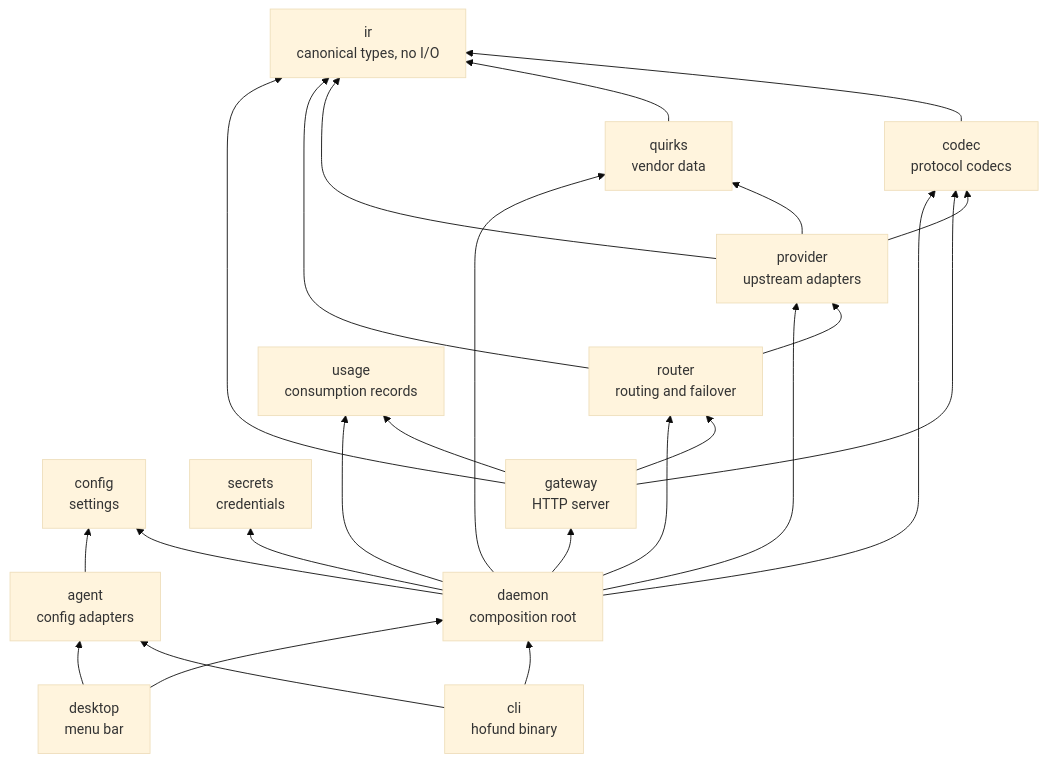
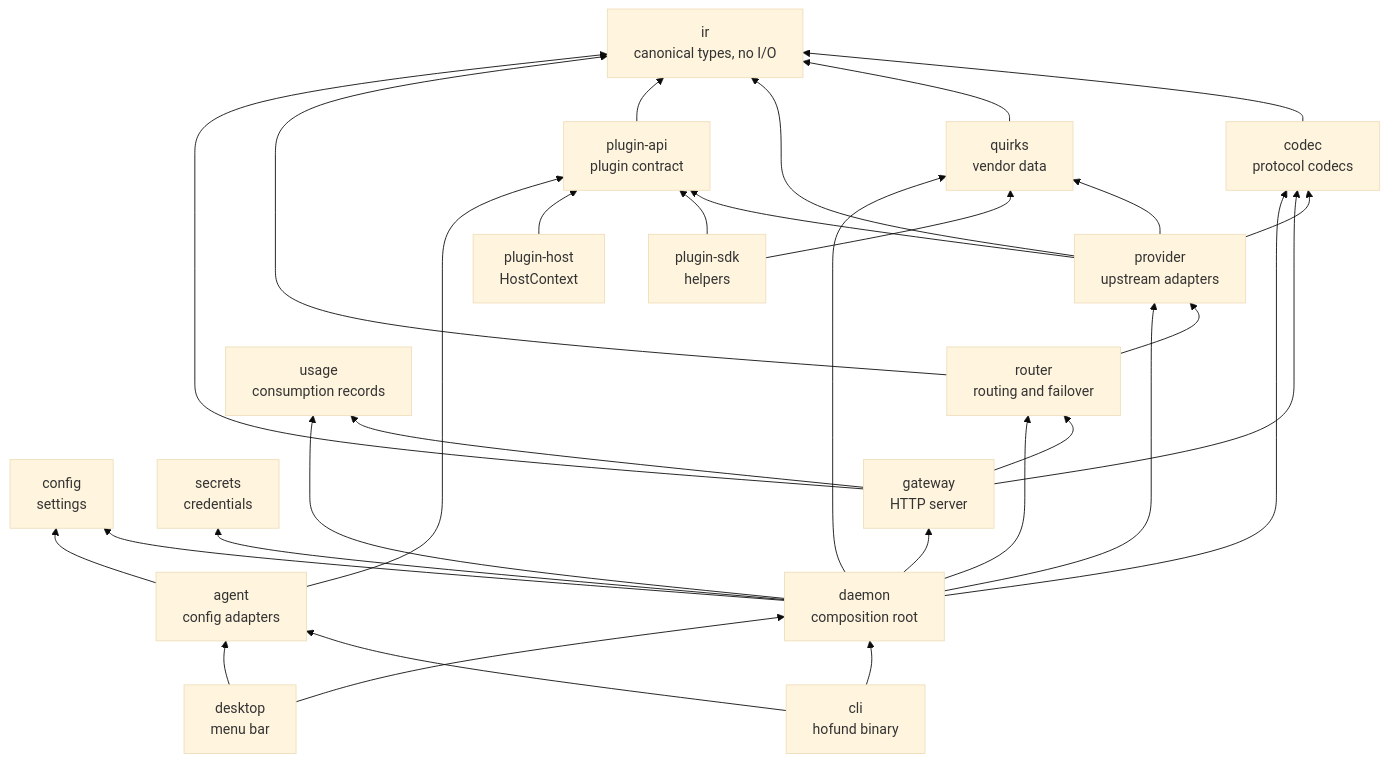
The diagram in docs/architecture.md (logibricks-io/open-heimdall-hofund), drawn with Mermaid (base theme) before and after one commit. The commit also changed other lines of this file and 60 other files, not shown here.

First line of the commit message:
Add the plugin API, SDK skeleton, and host constructor (#29)

````diff
--- a/docs/architecture.md
+++ b/docs/architecture.md
@@ -37,41 +37,50 @@
 ```mermaid
 flowchart BT
   ir["ir<br/>canonical types, no I/O"]
   codec["codec<br/>protocol codecs"]
   quirks["quirks<br/>vendor data"]
   provider["provider<br/>upstream adapters"]
   router["router<br/>routing and failover"]
   config["config<br/>settings"]
   secrets["secrets<br/>credentials"]
   usage["usage<br/>consumption records"]
   agent["agent<br/>config adapters"]
+  pluginApi["plugin-api<br/>plugin contract"]
+  pluginSdk["plugin-sdk<br/>helpers"]
+  pluginHost["plugin-host<br/>HostContext"]
   gateway["gateway<br/>HTTP server"]
   daemon["daemon<br/>composition root"]
   cli["cli<br/>hofund binary"]
   desktop["desktop<br/>menu bar"]
 
   codec --> ir
   quirks --> ir
   provider --> codec
   provider --> ir
   provider --> quirks
+  provider --> pluginApi
+  pluginApi --> ir
+  pluginSdk --> pluginApi
+  pluginSdk --> quirks
+  pluginHost --> pluginApi
   router --> provider
   router --> ir
   gateway --> router
   gateway --> codec
   gateway --> ir
   gateway --> usage
   daemon --> gateway
   daemon --> config
   daemon --> secrets
   daemon --> provider
   daemon --> codec
   daemon --> quirks
   daemon --> router
   daemon --> usage
   agent --> config
+  agent --> pluginApi
   cli --> daemon
   cli --> agent
   desktop --> daemon
   desktop --> agent
 ```
````
